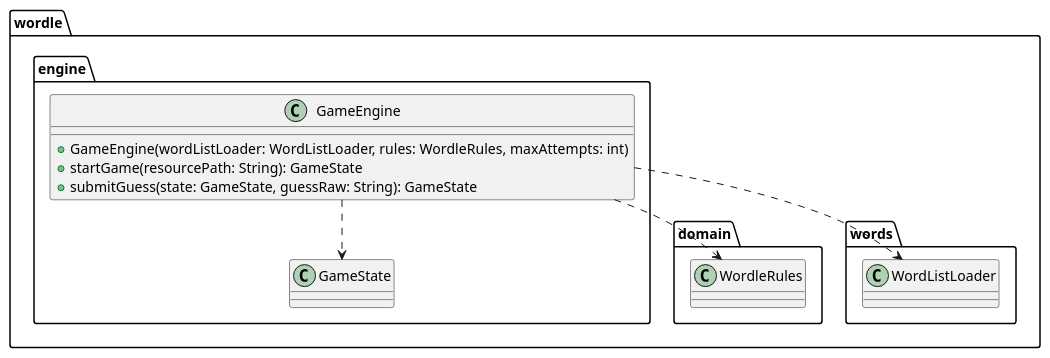
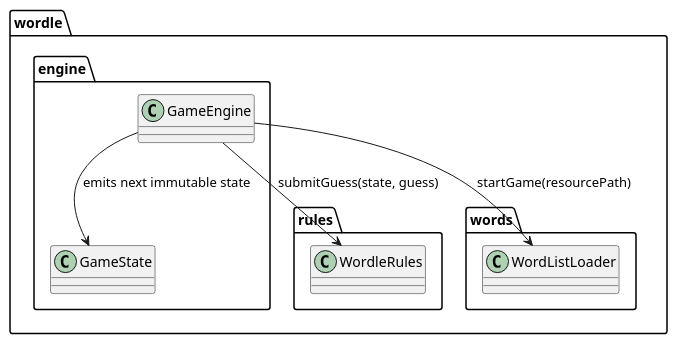
One commit to dpolivaev/spec-loop changed the third of 3 diagrams in examples/wordle/tasks/done/004-build-game-engine.md. Above: the diagram before and after it, drawn with PlantUML. The commit also changed other lines of this file and 7 other files, not shown here.

Commit message:
docs: align constitution scenario rules and normalize wordle tasks

````diff
--- a/examples/wordle/tasks/done/004-build-game-engine.md
+++ b/examples/wordle/tasks/done/004-build-game-engine.md
@@ -77,25 +119,21 @@
 ```plantuml
 @startuml
-package wordle.domain {
-  class WordleRules
+set separator none
+package "wordle" {
+  package "engine" {
+    class GameEngine
+    class GameState
+  }
+  package "rules" {
+    class WordleRules
+  }
+  package "words" {
+    class WordListLoader
+  }
 }
 
-package wordle.words {
-  class WordListLoader
-}
-
-package wordle.engine {
-  class GameEngine {
-    + GameEngine(wordListLoader: WordListLoader, rules: WordleRules, maxAttempts: int)
-    + startGame(resourcePath: String): GameState
-    + submitGuess(state: GameState, guessRaw: String): GameState
-  }
-
-  class GameState
-}
-
-GameEngine ..> WordListLoader
-GameEngine ..> WordleRules
-GameEngine ..> GameState
+GameEngine --> WordListLoader : startGame(resourcePath)
+GameEngine --> WordleRules : submitGuess(state, guess)
+GameEngine --> GameState : emits next immutable state
 @enduml
 ```
````
